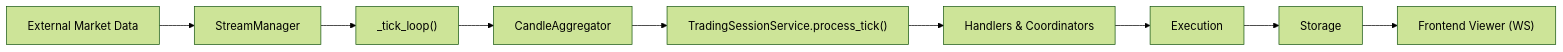
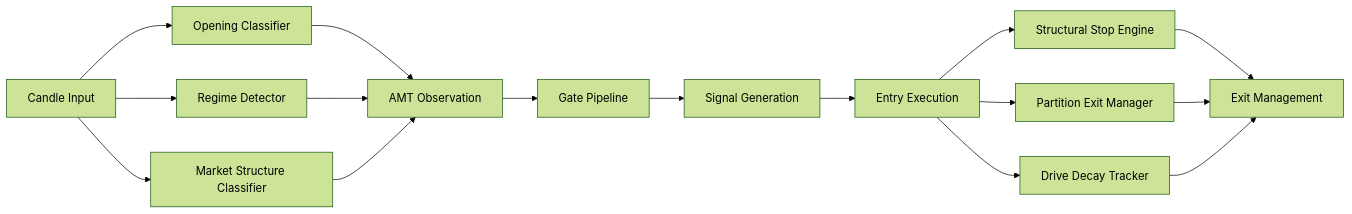
One commit to gemrajkhatry-maker/v5-of-glassytrade-ai changed the seventh of 9 diagrams in .qoder/repowiki/en/content/System Overview/Architecture Overview.md. Above: the diagram before and after it, drawn with Mermaid (forest theme). The commit also changed other lines of this file and 930 other files, not shown here.

````diff
--- a/.qoder/repowiki/en/content/System Overview/Architecture Overview.md
+++ b/.qoder/repowiki/en/content/System Overview/Architecture Overview.md
@@ -296,11 +332,18 @@
 ```mermaid
 graph LR
-EXT["External Market Data"] --> SM["StreamManager"]
-SM --> TE["_tick_loop()"]
-TE --> CA["CandleAggregator"]
-CA --> TS["TradingSessionService.process_tick()"]
-TS --> HND["Handlers & Coordinators"]
-HND --> EXEC["Execution"]
-EXEC --> ST["Storage"]
-ST --> FE["Frontend Viewer (WS)"]
+CANDLE["Candle Input"] --> OPENING["Opening Classifier"]
+CANDLE --> REGIME["Regime Detector"]
+CANDLE --> STRUCT["Market Structure Classifier"]
+OPENING --> OBS["AMT Observation"]
+REGIME --> OBS
+STRUCT --> OBS
+OBS --> GATES["Gate Pipeline"]
+GATES --> SIGNAL["Signal Generation"]
+SIGNAL --> ENTRY["Entry Execution"]
+ENTRY --> STRUCT_STOP["Structural Stop Engine"]
+ENTRY --> PARTITION["Partition Exit Manager"]
+ENTRY --> DRIVE_DECAY["Drive Decay Tracker"]
+STRUCT_STOP --> EXIT["Exit Management"]
+PARTITION --> EXIT
+DRIVE_DECAY --> EXIT
 ```
````
